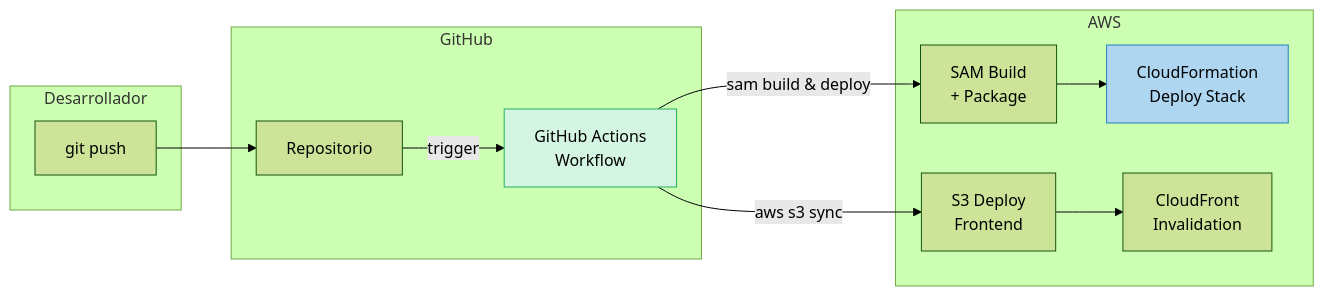
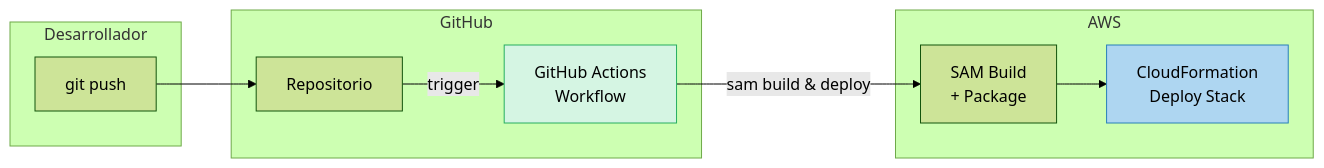
Before and after one commit to gusdelact/meetup27Abril2026: the third of 10 diagrams in ftgo-microservicios/DESIGN.md, drawn with Mermaid (forest theme). The commit also changed other lines of this file and 8 other files, not shown here.

````diff
--- a/ftgo-microservicios/DESIGN.md
+++ b/ftgo-microservicios/DESIGN.md
@@ -140,28 +140,24 @@
 ```mermaid
 graph LR
     subgraph "Desarrollador"
         DEV[git push]
     end
 
     subgraph "GitHub"
         REPO[Repositorio]
         GHA[GitHub Actions<br/>Workflow]
     end
 
     subgraph "AWS"
         SAM[SAM Build<br/>+ Package]
         CFN[CloudFormation<br/>Deploy Stack]
-        S3D[S3 Deploy<br/>Frontend]
-        CFNINV[CloudFront<br/>Invalidation]
     end
 
     DEV --> REPO
     REPO -->|trigger| GHA
     GHA -->|sam build & deploy| SAM
     SAM --> CFN
-    GHA -->|aws s3 sync| S3D
-    S3D --> CFNINV
 
     style GHA fill:#d5f5e3,stroke:#27ae60
     style CFN fill:#aed6f1,stroke:#2980b9
 ```
````
